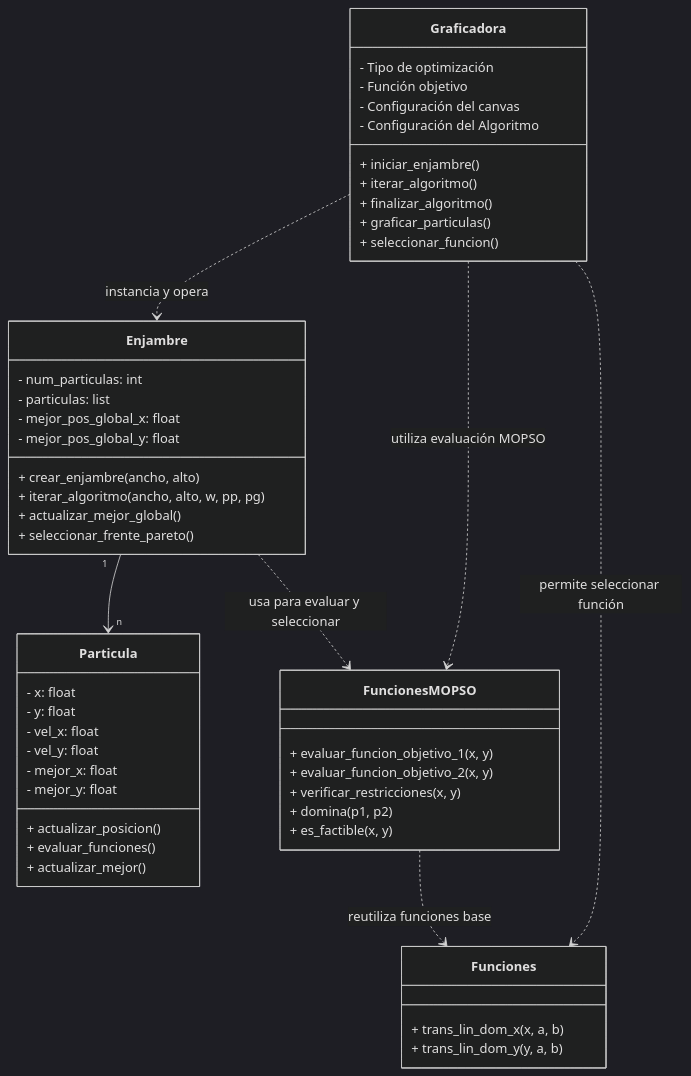
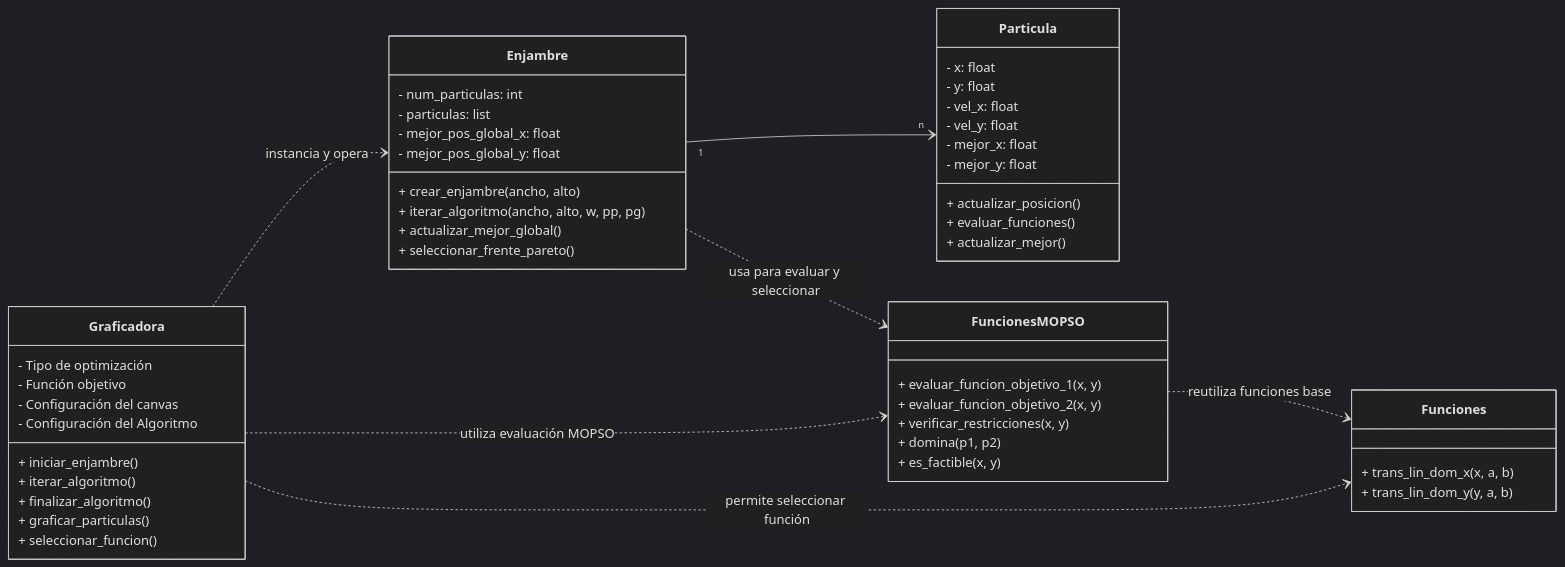
The diagram in README.md (Mayoneso-0/Proyecto-POO), drawn with Mermaid (dark theme) before and after one commit. The commit also changed other lines of this file, not shown here.

````diff
--- a/README.md
+++ b/README.md
@@ -59,67 +59,67 @@
 ```mermaid
 classDiagram
-direction TB
+direction LR
 
 %% ==== Clases del Algoritmo ====
 
 class Particula {
   - x: float
   - y: float
   - vel_x: float
   - vel_y: float
   - mejor_x: float
   - mejor_y: float
   + actualizar_posicion()
   + evaluar_funciones()
   + actualizar_mejor()
 }
 
 class Enjambre {
   - num_particulas: int
   - particulas: list
   - mejor_pos_global_x: float
   - mejor_pos_global_y: float
   + crear_enjambre(ancho, alto)
   + iterar_algoritmo(ancho, alto, w, pp, pg)
   + actualizar_mejor_global()
   + seleccionar_frente_pareto()
 }
 
 Enjambre "1" --> "n" Particula
 
 %% ==== Clases de Funciones ====
 
 class Funciones {
   + trans_lin_dom_x(x, a, b)
   + trans_lin_dom_y(y, a, b)
 }
 
 class FuncionesMOPSO {
   + evaluar_funcion_objetivo_1(x, y)
   + evaluar_funcion_objetivo_2(x, y)
   + verificar_restricciones(x, y)
   + domina(p1, p2)
   + es_factible(x, y)
 }
 
 FuncionesMOPSO ..> Funciones : reutiliza funciones base
 Enjambre ..> FuncionesMOPSO : usa para evaluar y seleccionar
 
 %% ==== Graficador UI ====
 
 class Graficadora {
   - Tipo de optimización
   - Función objetivo
   - Configuración del canvas
   - Configuración del Algoritmo
   + iniciar_enjambre()
   + iterar_algoritmo()
   + finalizar_algoritmo()
   + graficar_particulas()
   + seleccionar_funcion()
 }
 
 Graficadora ..> Enjambre : instancia y opera
 Graficadora ..> Funciones : permite seleccionar función
 Graficadora ..> FuncionesMOPSO : utiliza evaluación MOPSO
 ```
````
